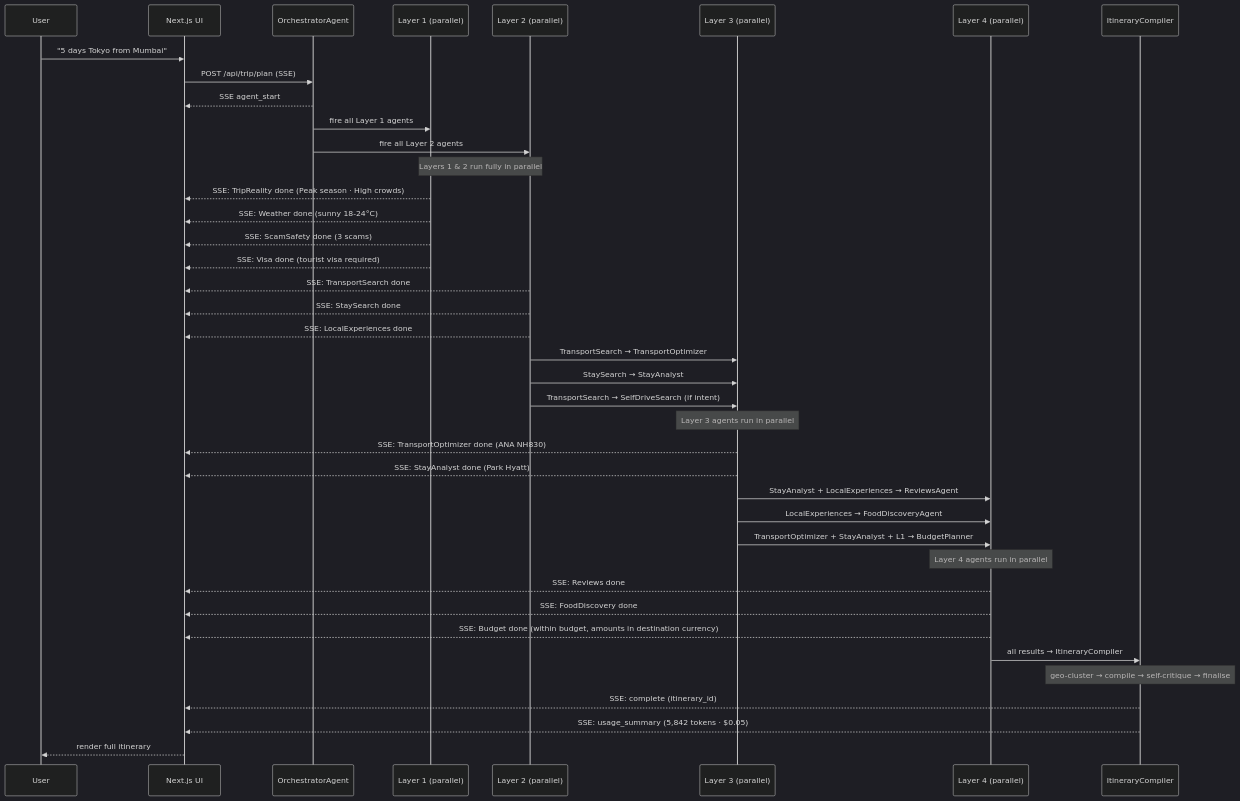
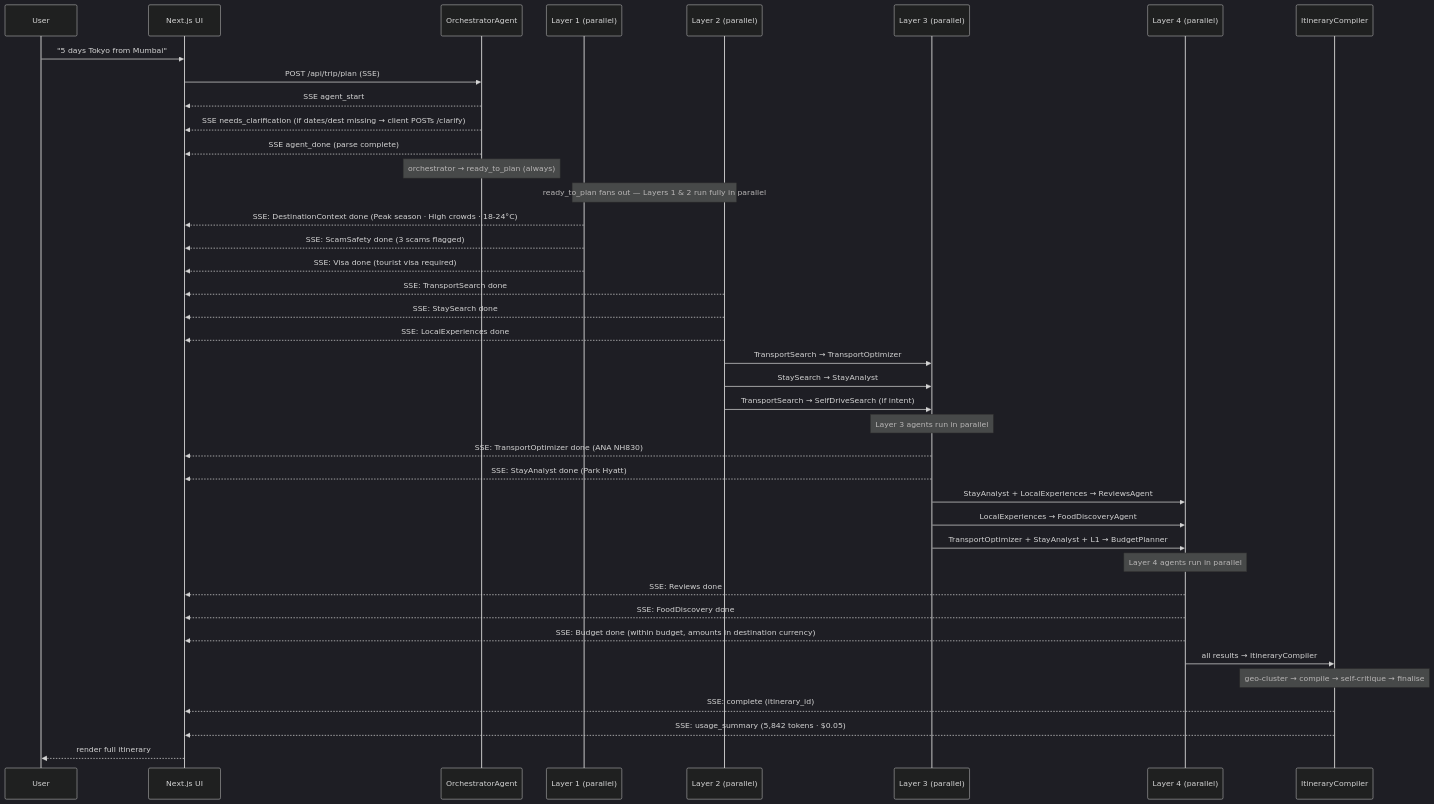
Before and after one commit to thecoducer/TravelCopilot: the third of 3 diagrams in plan.md, drawn with Mermaid (dark theme). The commit also changed other lines of this file and 3 other files, not shown here.

Commit message:
moved scam safety agent to layer 4

````diff
--- a/plan.md
+++ b/plan.md
@@ -946,49 +955,49 @@
 ```mermaid
 sequenceDiagram
     participant U as User
     participant FE as Next.js UI
     participant OA as OrchestratorAgent
     participant L1 as Layer 1 (parallel)
     participant L2 as Layer 2 (parallel)
     participant L3 as Layer 3 (parallel)
     participant L4 as Layer 4 (parallel)
     participant L5 as ItineraryCompiler
 
     U->>FE: "5 days Tokyo from Mumbai"
     FE->>OA: POST /api/trip/plan (SSE)
     OA-->>FE: SSE agent_start
-    OA->>L1: fire all Layer 1 agents
-    OA->>L2: fire all Layer 2 agents
-    Note over L1,L2: Layers 1 & 2 run fully in parallel
+    OA-->>FE: SSE needs_clarification (if dates/dest missing → client POSTs /clarify)
+    OA-->>FE: SSE agent_done (parse complete)
+    Note over OA: orchestrator → ready_to_plan (always)
+    Note over L1,L2: ready_to_plan fans out — Layers 1 & 2 run fully in parallel
 
-    L1-->>FE: SSE: TripReality done (Peak season · High crowds)
-    L1-->>FE: SSE: Weather done (sunny 18-24°C)
-    L1-->>FE: SSE: ScamSafety done (3 scams)
+    L1-->>FE: SSE: DestinationContext done (Peak season · High crowds · 18-24°C)
+    L1-->>FE: SSE: ScamSafety done (3 scams flagged)
     L1-->>FE: SSE: Visa done (tourist visa required)
     L2-->>FE: SSE: TransportSearch done
     L2-->>FE: SSE: StaySearch done
     L2-->>FE: SSE: LocalExperiences done
 
     L2->>L3: TransportSearch → TransportOptimizer
     L2->>L3: StaySearch → StayAnalyst
     L2->>L3: TransportSearch → SelfDriveSearch (if intent)
     Note over L3: Layer 3 agents run in parallel
 
     L3-->>FE: SSE: TransportOptimizer done (ANA NH830)
     L3-->>FE: SSE: StayAnalyst done (Park Hyatt)
 
     L3->>L4: StayAnalyst + LocalExperiences → ReviewsAgent
     L3->>L4: LocalExperiences → FoodDiscoveryAgent
     L3->>L4: TransportOptimizer + StayAnalyst + L1 → BudgetPlanner
     Note over L4: Layer 4 agents run in parallel
 
     L4-->>FE: SSE: Reviews done
     L4-->>FE: SSE: FoodDiscovery done
     L4-->>FE: SSE: Budget done (within budget, amounts in destination currency)
 
     L4->>L5: all results → ItineraryCompiler
     Note over L5: geo-cluster → compile → self-critique → finalise
     L5-->>FE: SSE: complete (itinerary_id)
     L5-->>FE: SSE: usage_summary (5,842 tokens · $0.05)
     FE-->>U: render full itinerary
 ```
````
